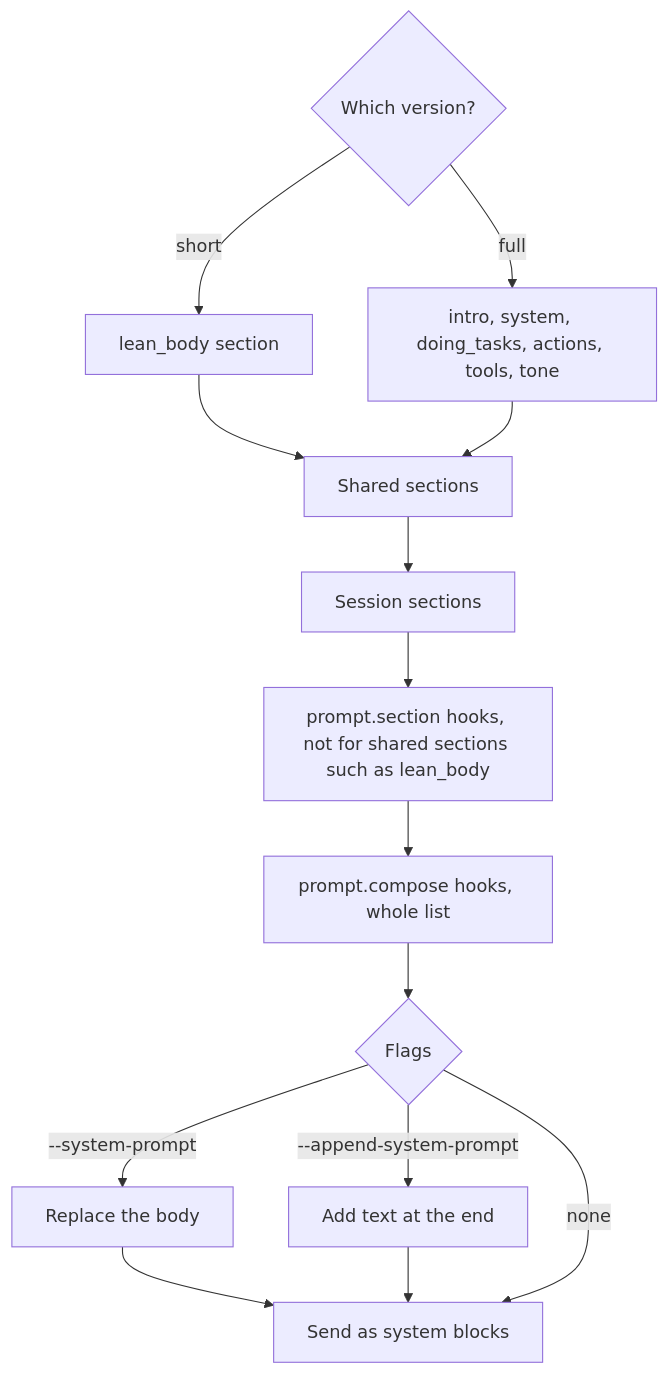
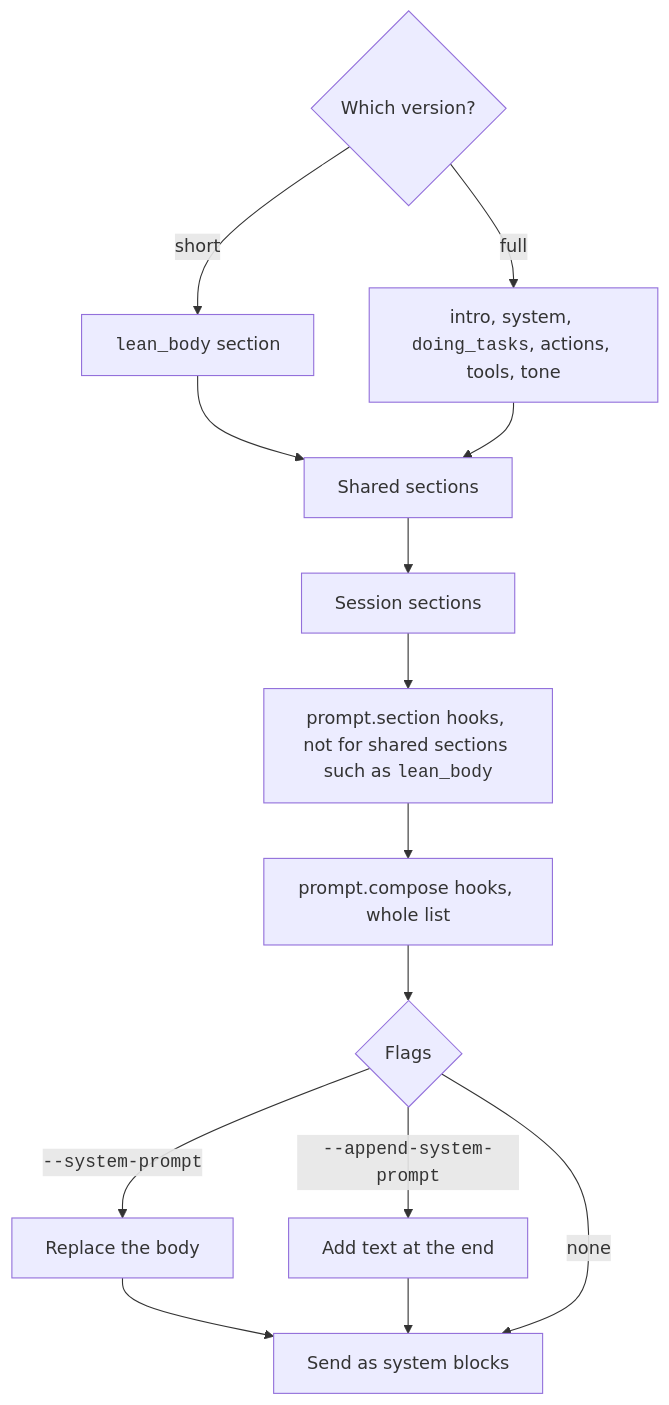
Before and after one commit to xsyetopz/claude-code-docs: the first of 2 diagrams in docs/how-it-works/system-prompt.md, drawn with Mermaid. The commit also changed other lines of this file and 164 other files, not shown here.

First line of the commit message:
docs: linked citations, yes/no markers, file trees, code in diagrams

````diff
--- a/docs/how-it-works/system-prompt.md
+++ b/docs/how-it-works/system-prompt.md
@@ -43,16 +43,16 @@
 ```mermaid
 flowchart TD
-  Pick{Which version?} -->|short| Lean[lean_body section]
-  Pick -->|full| Full[intro, system, doing_tasks, actions, tools, tone]
+  Pick{Which version?} -->|short| Lean["<code>lean_body</code> section"]
+  Pick -->|full| Full["intro, system, <code>doing_tasks</code>, actions, tools, tone"]
   Lean --> Shared[Shared sections]
   Full --> Shared
   Shared --> Session[Session sections]
-  Session --> Hook[prompt.section hooks, not for shared sections such as lean_body]
+  Session --> Hook["prompt.section hooks, not for shared sections such as <code>lean_body</code>"]
   Hook --> Compose[prompt.compose hooks, whole list]
   Compose --> Flags{Flags}
-  Flags -->|--system-prompt| Replace[Replace the body]
-  Flags -->|--append-system-prompt| Append[Add text at the end]
+  Flags -->|"<code>--system-prompt</code>"| Replace[Replace the body]
+  Flags -->|"<code>--append-system-prompt</code>"| Append[Add text at the end]
   Replace --> Send[Send as system blocks]
   Append --> Send
   Flags -->|none| Send
 ```
````
